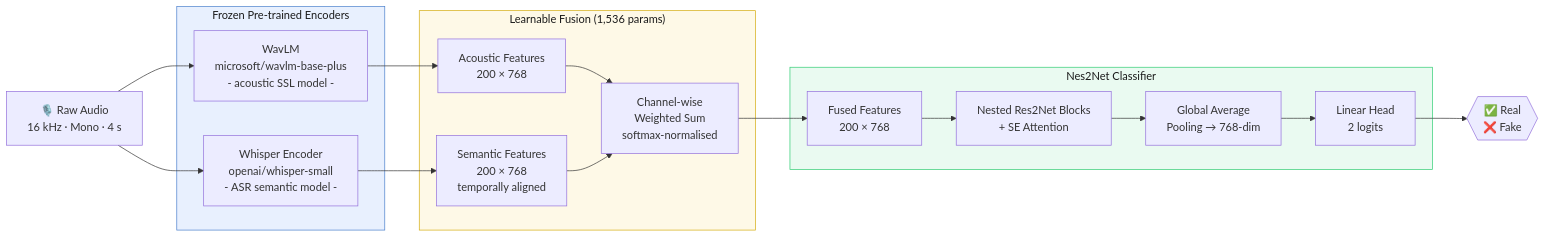
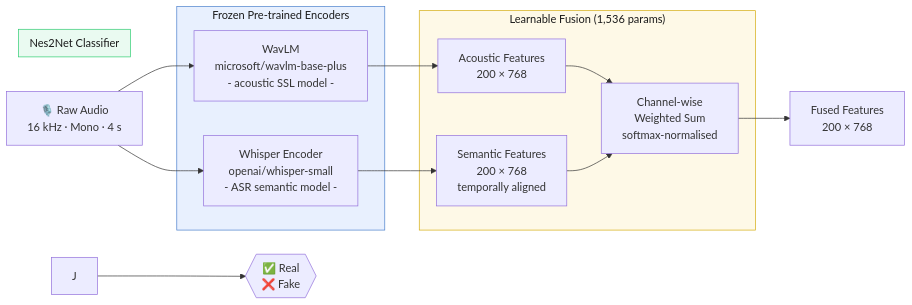
One commit to RoyNaor/Deepfake-Detection-Project changed the first of 2 diagrams in README.md. Above: the diagram before and after it, drawn with Mermaid.

Commit message:
Simplify Classifier section in README
Removed unnecessary details from the Classifier section of the README.

````diff
--- a/README.md
+++ b/README.md
@@ -44,33 +44,30 @@
 ```mermaid
 flowchart LR
     A["🎙️ Raw Audio\n16 kHz · Mono · 4 s"] --> B
 
     subgraph Encoders ["Frozen Pre-trained Encoders"]
         B["WavLM\nmicrosoft/wavlm-base-plus\n- acoustic SSL model -"]
         C["Whisper Encoder\nopenai/whisper-small\n- ASR semantic model -"]
     end
 
     A --> C
 
     B --> D["Acoustic Features\n200 × 768"]
     C --> E["Semantic Features\n200 × 768\ntemporally aligned"]
 
     subgraph Fusion ["Learnable Fusion  (1,536 params)"]
         D --> F["Channel-wise\nWeighted Sum\nsoftmax-normalised"]
         E --> F
     end
 
     F --> G["Fused Features\n200 × 768"]
 
     subgraph Classifier ["Nes2Net Classifier"]
-        G --> H["Nested Res2Net Blocks\n+ SE Attention"]
-        H --> I["Global Average\nPooling → 768-dim"]
-        I --> J["Linear Head\n2 logits"]
     end
 
     J --> K{{"✅ Real\n❌ Fake"}}
 
     style Encoders fill:#e8f0fe,stroke:#4a7fcc,color:#1a1a1a
     style Fusion fill:#fef9e7,stroke:#d4ac0d,color:#1a1a1a
     style Classifier fill:#eafaf1,stroke:#2ecc71,color:#1a1a1a
 ```
````
